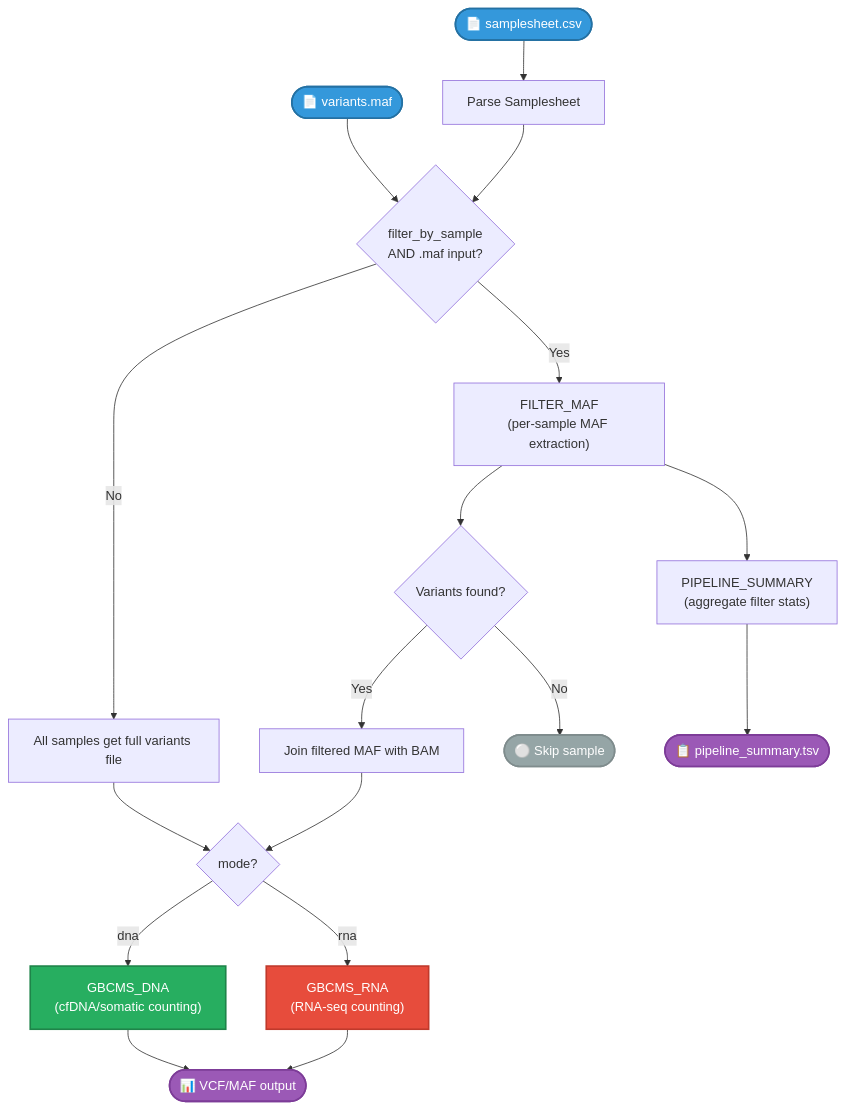
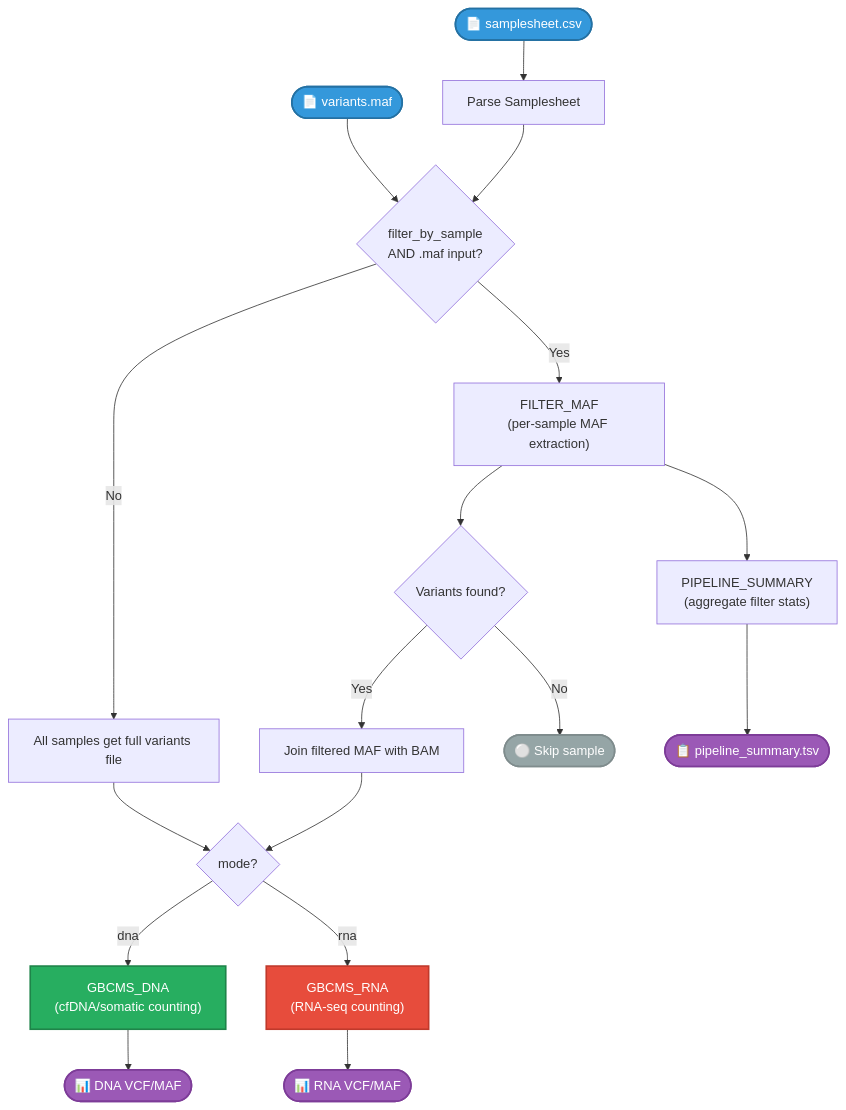
Before and after one commit to msk-access/gbcms: the diagram in docs/nextflow/index.md, drawn with Mermaid. The commit also changed 9 other files, not shown here.

````diff
--- a/docs/nextflow/index.md
+++ b/docs/nextflow/index.md
@@ -17,30 +17,30 @@
 ```mermaid
 flowchart TD
-    CSV([📄 samplesheet.csv]):::input --> Parse[Parse Samplesheet]
-    MAF([📄 variants.maf]):::input --> FilterCheck{filter_by_sample<br/>AND .maf input?}
+    CSV(["📄 samplesheet.csv"]):::input --> Parse[Parse Samplesheet]
+    MAF(["📄 variants.maf"]):::input --> FilterCheck{"filter_by_sample<br/>AND .maf input?"}
     Parse --> FilterCheck
 
     FilterCheck -->|Yes| FilterMAF["FILTER_MAF<br/>(per-sample MAF extraction)"]
     FilterCheck -->|No| Ready[All samples get full variants file]
 
     FilterMAF --> HasData{Variants found?}
     HasData -->|Yes| Ready2[Join filtered MAF with BAM]
-    HasData -->|No| Skip([⚪ Skip sample]):::skip
+    HasData -->|No| Skip(["⚪ Skip sample"]):::skip
     FilterMAF --> Summary["PIPELINE_SUMMARY<br/>(aggregate filter stats)"]
 
     Ready --> ModeCheck{mode?}
     Ready2 --> ModeCheck
 
     ModeCheck -->|dna| DNA["GBCMS_DNA<br/>(cfDNA/somatic counting)"]:::dna
     ModeCheck -->|rna| RNA["GBCMS_RNA<br/>(RNA-seq counting)"]:::rna
 
-    DNA --> Output([📊 VCF/MAF output]):::output
-    RNA --> Output
-    Summary --> SummaryOut([📋 pipeline_summary.tsv]):::output
+    DNA --> DNAOut(["📊 DNA VCF/MAF"]):::output
+    RNA --> RNAOut(["📊 RNA VCF/MAF"]):::output
+    Summary --> SummaryOut(["📋 pipeline_summary.tsv"]):::output
 
     classDef input fill:#3498db,color:#fff,stroke:#2471a3,stroke-width:2px;
     classDef dna fill:#27ae60,color:#fff,stroke:#1e8449,stroke-width:2px;
     classDef rna fill:#e74c3c,color:#fff,stroke:#c0392b,stroke-width:2px;
     classDef output fill:#9b59b6,color:#fff,stroke:#7d3c98,stroke-width:2px;
     classDef skip fill:#95a5a6,color:#fff,stroke:#7f8c8d,stroke-width:2px;
 ```
````
